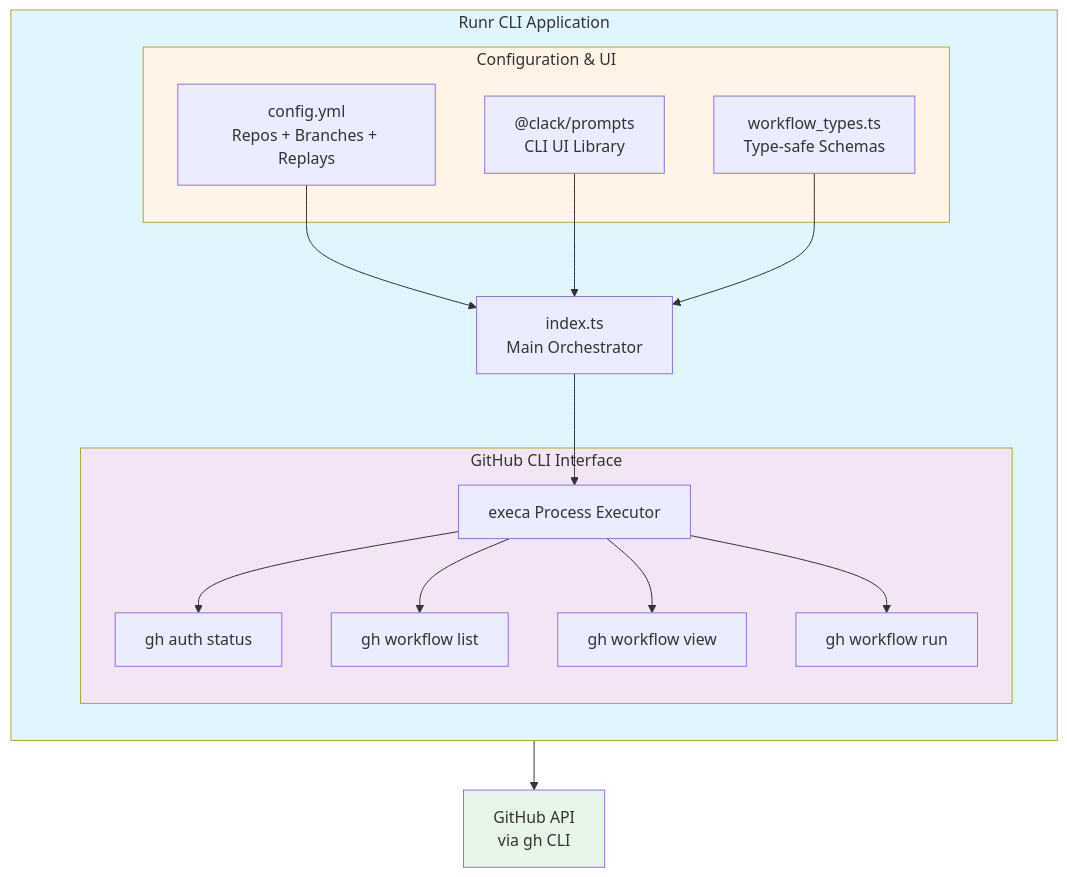
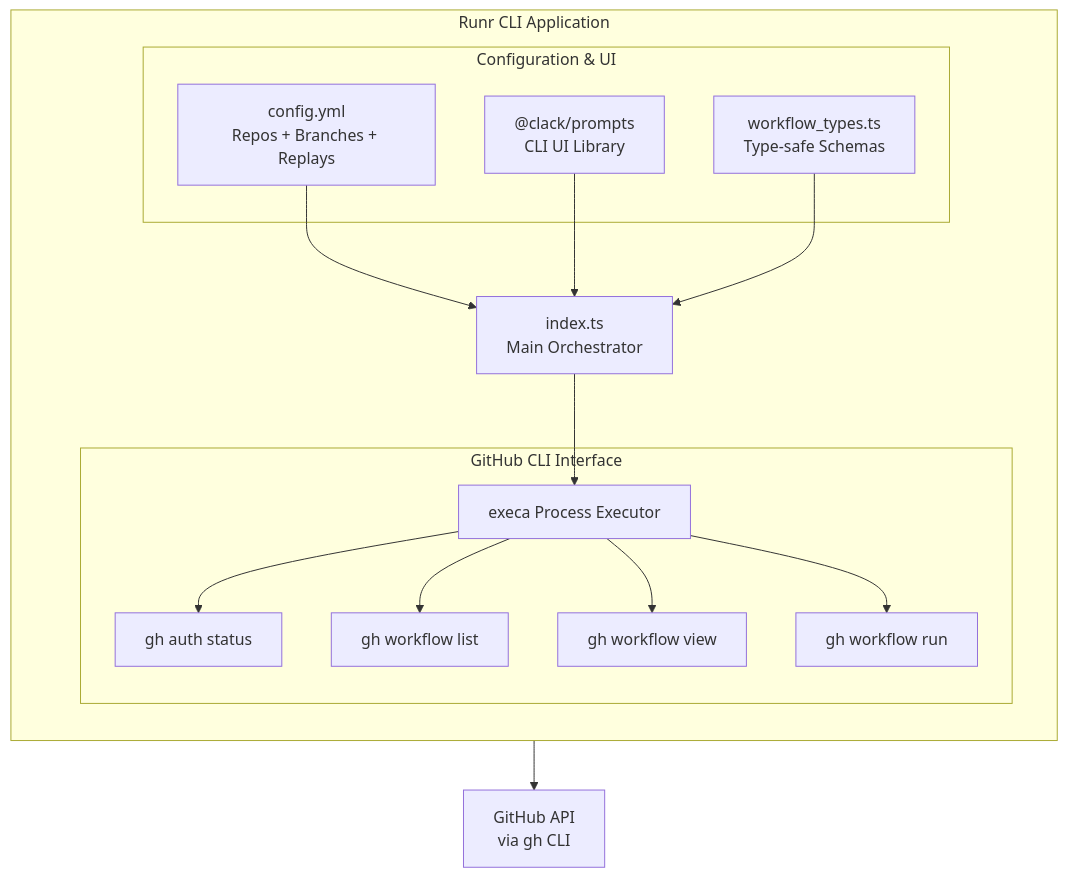
Before and after one commit to pr0methevs/runr: the diagram in README.md, drawn with Mermaid.

Commit message:
fix: dark mode rendering
- remove custom styling

````diff
--- a/README.md
+++ b/README.md
@@ -69,39 +69,34 @@
 ```mermaid
 flowchart TB
     subgraph CLI["Runr CLI Application"]
         direction TB
         
         subgraph Inputs["Configuration & UI"]
             CONFIG[config.yml<br/>Repos + Branches + Replays]
             PROMPTS["@clack/prompts<br/>CLI UI Library"]
             TYPES[workflow_types.ts<br/>Type-safe Schemas]
         end
         
         MAIN[index.ts<br/>Main Orchestrator]
         
         subgraph GH["GitHub CLI Interface"]
             EXECA[execa Process Executor]
             AUTH[gh auth status]
             LIST[gh workflow list]
             VIEW[gh workflow view]
             RUN[gh workflow run]
         end
         
         CONFIG --> MAIN
         PROMPTS --> MAIN
         TYPES --> MAIN
         
         MAIN --> EXECA
         EXECA --> AUTH
         EXECA --> LIST
         EXECA --> VIEW
         EXECA --> RUN
     end
     
     GH --> API[GitHub API<br/>via gh CLI]
-    
-    style CLI fill:#e1f5ff
-    style Inputs fill:#fff4e6
-    style GH fill:#f3e5f5
-    style API fill:#e8f5e9
 ```
````
